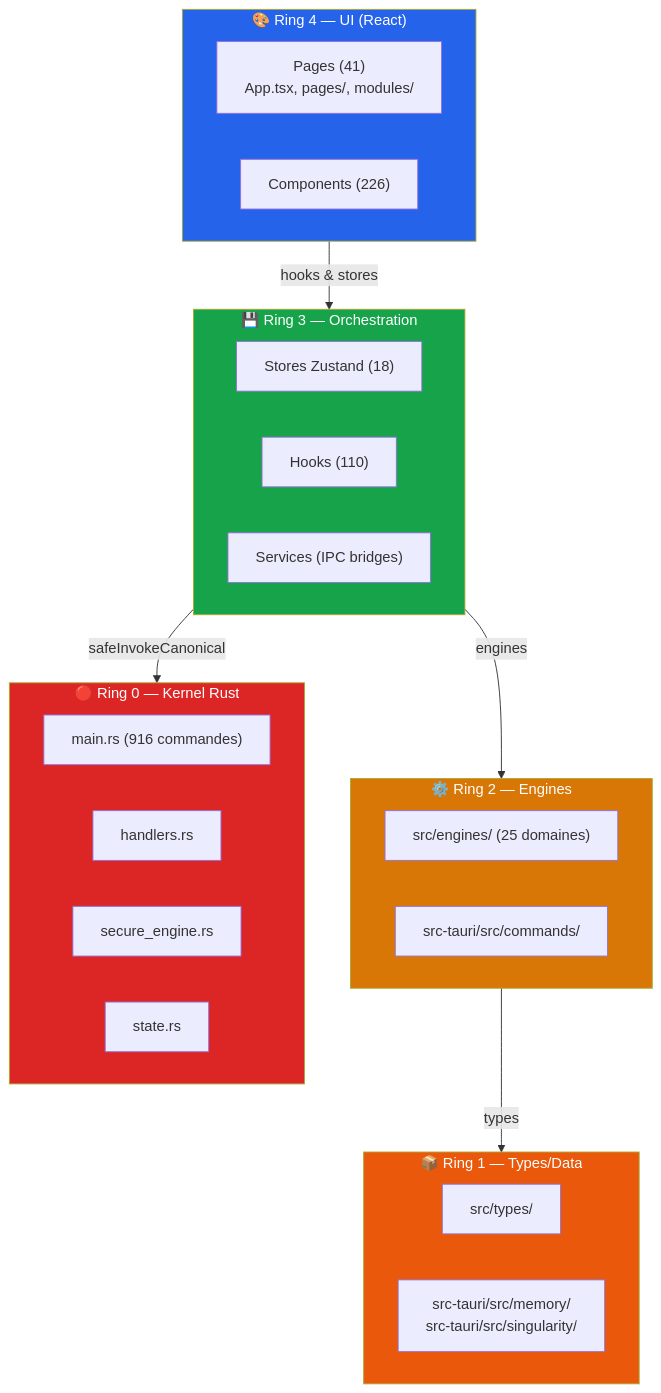
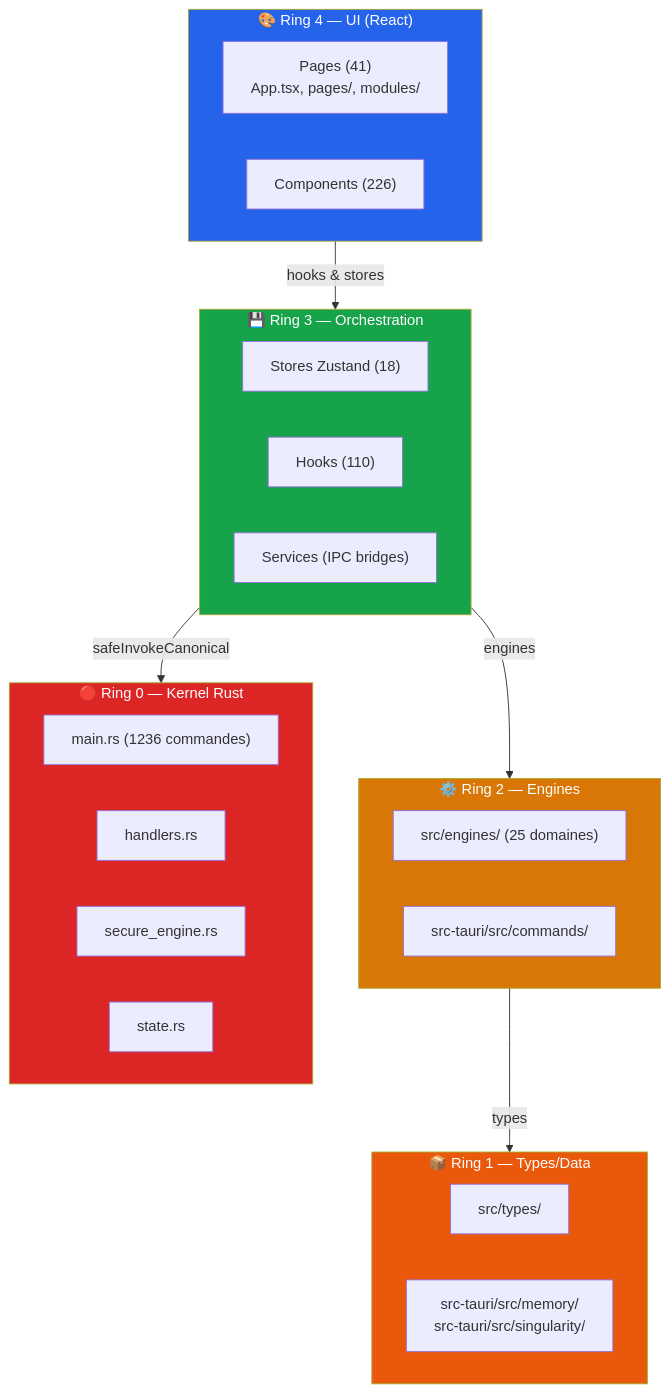
The diagram in ARCHITECTURE.md (KallokTherok1994/TITANE_INFINITY), drawn with Mermaid before and after one commit. The commit also changed other lines of this file and 2 other files, not shown here.

````diff
--- a/ARCHITECTURE.md
+++ b/ARCHITECTURE.md
@@ -30,41 +30,41 @@
 ```mermaid
 flowchart TB
     subgraph Ring4 ["🎨 Ring 4 — UI (React)"]
         Pages["Pages (41)\nApp.tsx, pages/, modules/"]
         Comps["Components (226)"]
     end
 
     subgraph Ring3 ["💾 Ring 3 — Orchestration"]
         Stores["Stores Zustand (18)"]
         Hooks["Hooks (110)"]
         Services["Services (IPC bridges)"]
     end
 
     subgraph Ring2 ["⚙️ Ring 2 — Engines"]
         Engines["src/engines/ (25 domaines)"]
         RustCmd["src-tauri/src/commands/"]
     end
 
     subgraph Ring1 ["📦 Ring 1 — Types/Data"]
         Types["src/types/"]
         RustData["src-tauri/src/memory/\nsrc-tauri/src/singularity/"]
     end
 
     subgraph Ring0 ["🔴 Ring 0 — Kernel Rust"]
-        MainRs["main.rs (916 commandes)"]
+        MainRs["main.rs (1236 commandes)"]
         Handlers["handlers.rs"]
         SecEng["secure_engine.rs"]
         State["state.rs"]
     end
 
     Ring4 -->|hooks & stores| Ring3
     Ring3 -->|safeInvokeCanonical| Ring0
     Ring2 -->|types| Ring1
     Ring3 -->|engines| Ring2
 
     style Ring0 fill:#dc2626,color:#fff
     style Ring1 fill:#ea580c,color:#fff
     style Ring2 fill:#d97706,color:#fff
     style Ring3 fill:#16a34a,color:#fff
     style Ring4 fill:#2563eb,color:#fff
 ```
````
